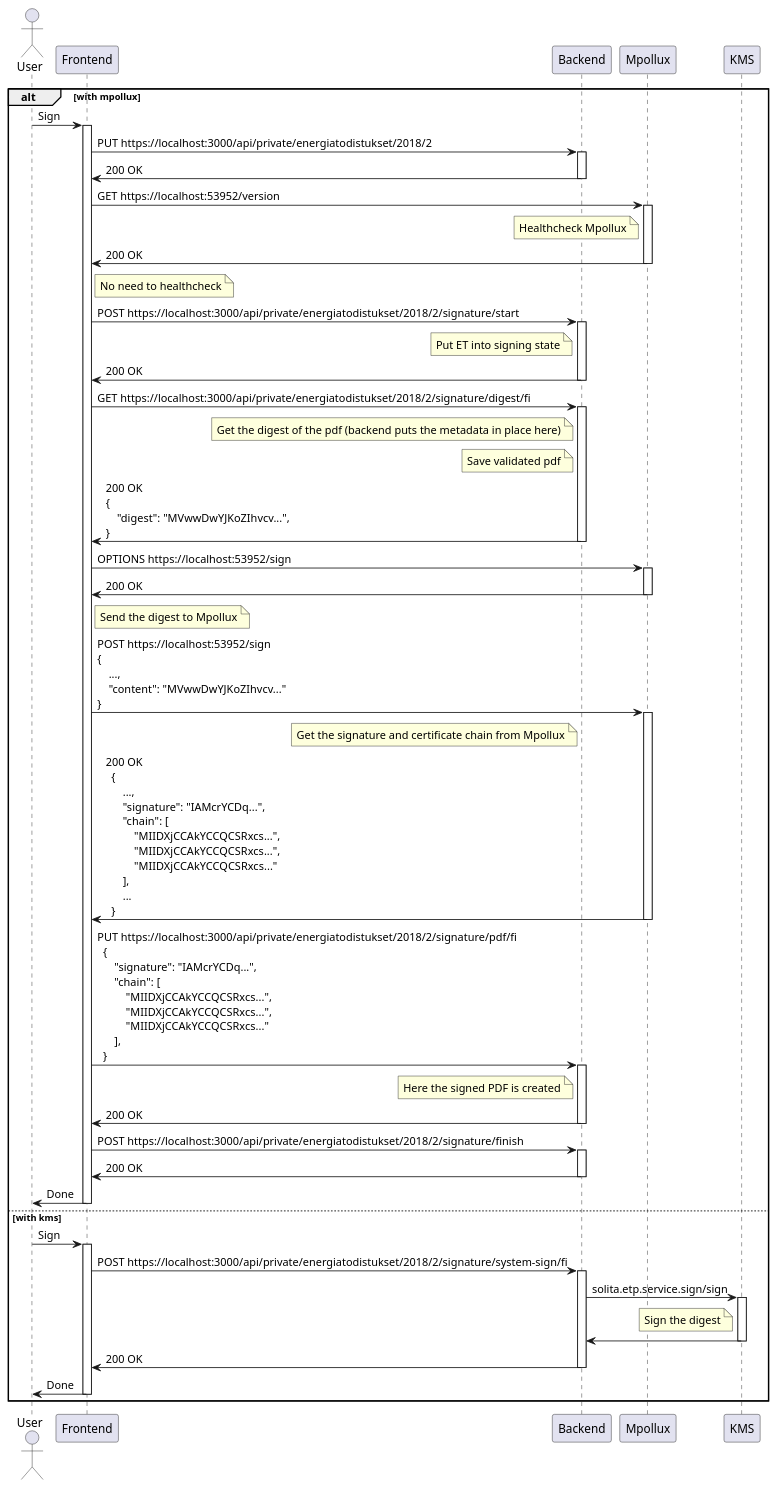
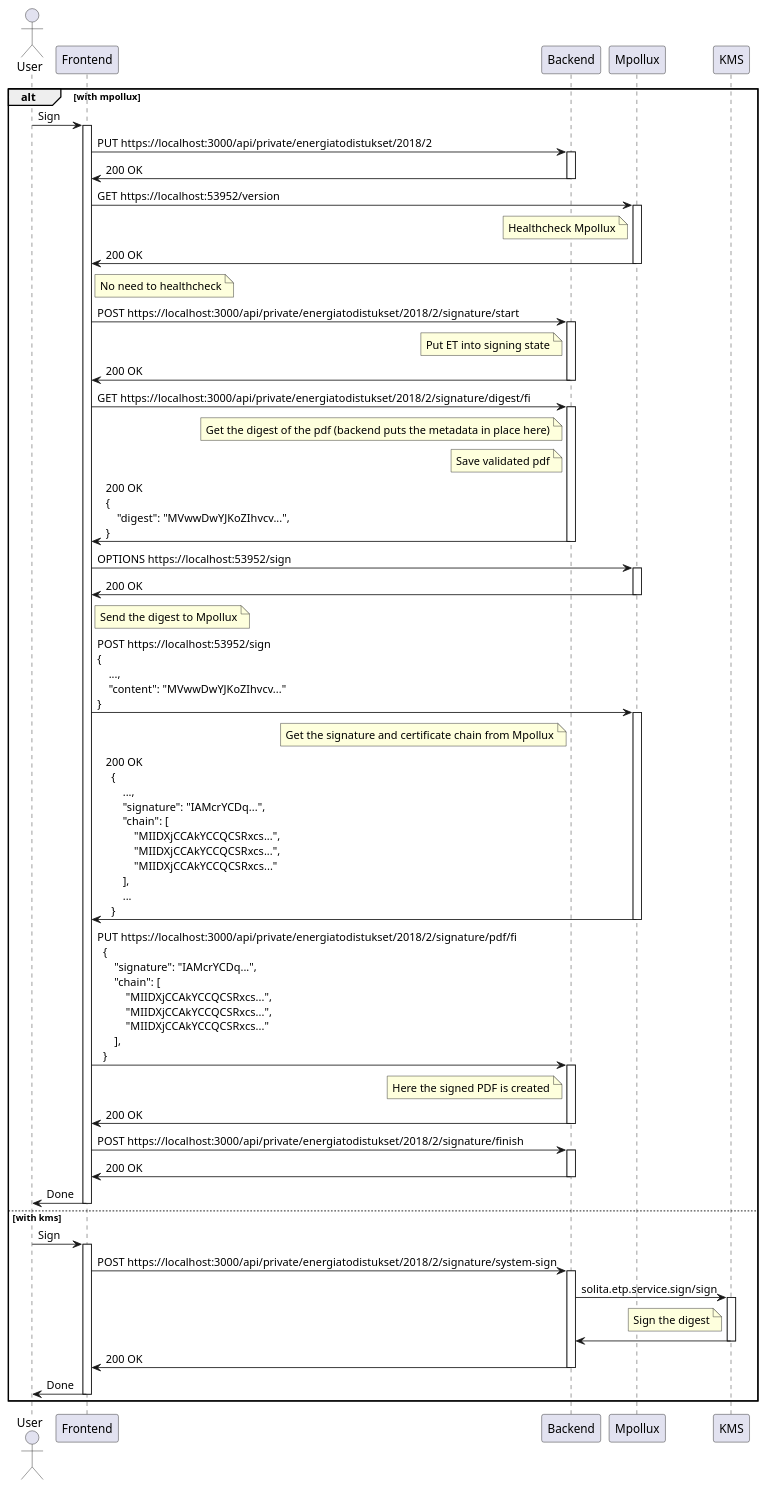
The diagram in etp-core/docker/kms/pdf-signing.plantuml (solita/ara-etp), drawn with PlantUML before and after one commit. The commit also changed 1 other file, not shown here.

Commit message:
AE-2165: Fix url in pdf-signing plantuml diagram

```diff
--- a/etp-core/docker/kms/pdf-signing.plantuml
+++ b/etp-core/docker/kms/pdf-signing.plantuml
@@ -1,88 +1,88 @@
 @startuml
 alt with mpollux
 actor User
 
 User -> Frontend++: Sign
 Frontend -> Backend++: PUT https://localhost:3000/api/private/energiatodistukset/2018/2
 Frontend <- Backend--: 200 OK
 Frontend -> Mpollux++: GET https://localhost:53952/version
 note left of Mpollux
 Healthcheck Mpollux
 end note
 Frontend <- Mpollux--: 200 OK
 note right of Frontend
 No need to healthcheck
 end note
 Frontend -> Backend++: POST https://localhost:3000/api/private/energiatodistukset/2018/2/signature/start
 note left of Backend
 Put ET into signing state
 end note
 Frontend <- Backend--: 200 OK
 Frontend -> Backend++: GET https://localhost:3000/api/private/energiatodistukset/2018/2/signature/digest/fi
 note left of Backend
 Get the digest of the pdf (backend puts the metadata in place here)
 end note
 note left of Backend
 Save validated pdf
 end note
 Frontend <- Backend--: 200 OK \n\
 { \n\
     "digest": "MVwwDwYJKoZIhvcv...", \n\
 }
 Frontend -> Mpollux++: OPTIONS https://localhost:53952/sign
 Frontend <- Mpollux--: 200 OK
 note right of Frontend
 Send the digest to Mpollux
 end note
 Frontend -> Mpollux++: POST https://localhost:53952/sign \n\
 { \n\
     ..., \n\
     "content": "MVwwDwYJKoZIhvcv..." \n\
 }
 note left of Backend
 Get the signature and certificate chain from Mpollux
 end note
 Frontend <- Mpollux--: 200 OK \n\
   { \n\
       ..., \n\
       "signature": "IAMcrYCDq...", \n\
       "chain": [ \n\
           "MIIDXjCCAkYCCQCSRxcs...", \n\
           "MIIDXjCCAkYCCQCSRxcs...", \n\
           "MIIDXjCCAkYCCQCSRxcs..." \n\
       ], \n\
       ... \n\
   }
 note right of Frontend
 end note
 Frontend -> Backend++: PUT https://localhost:3000/api/private/energiatodistukset/2018/2/signature/pdf/fi \n\
   { \n\
       "signature": "IAMcrYCDq...", \n\
       "chain": [ \n\
           "MIIDXjCCAkYCCQCSRxcs...", \n\
           "MIIDXjCCAkYCCQCSRxcs...", \n\
           "MIIDXjCCAkYCCQCSRxcs..." \n\
       ], \n\
   }
 note left of Backend
 Here the signed PDF is created
 end note
 Frontend <- Backend--: 200 OK
 Frontend -> Backend++: POST https://localhost:3000/api/private/energiatodistukset/2018/2/signature/finish
 Frontend <- Backend--: 200 OK
 User <- Frontend--: Done
 
 else with kms
 
 User -> Frontend++: Sign
-Frontend -> Backend++: POST https://localhost:3000/api/private/energiatodistukset/2018/2/signature/system-sign/fi
+Frontend -> Backend++: POST https://localhost:3000/api/private/energiatodistukset/2018/2/signature/system-sign
 Backend -> KMS++: solita.etp.service.sign/sign
 note left of KMS
 Sign the digest
 end note
 Backend <- KMS--
 Frontend <- Backend--: 200 OK
 User <- Frontend--: Done
 
 end
 @enduml
```
